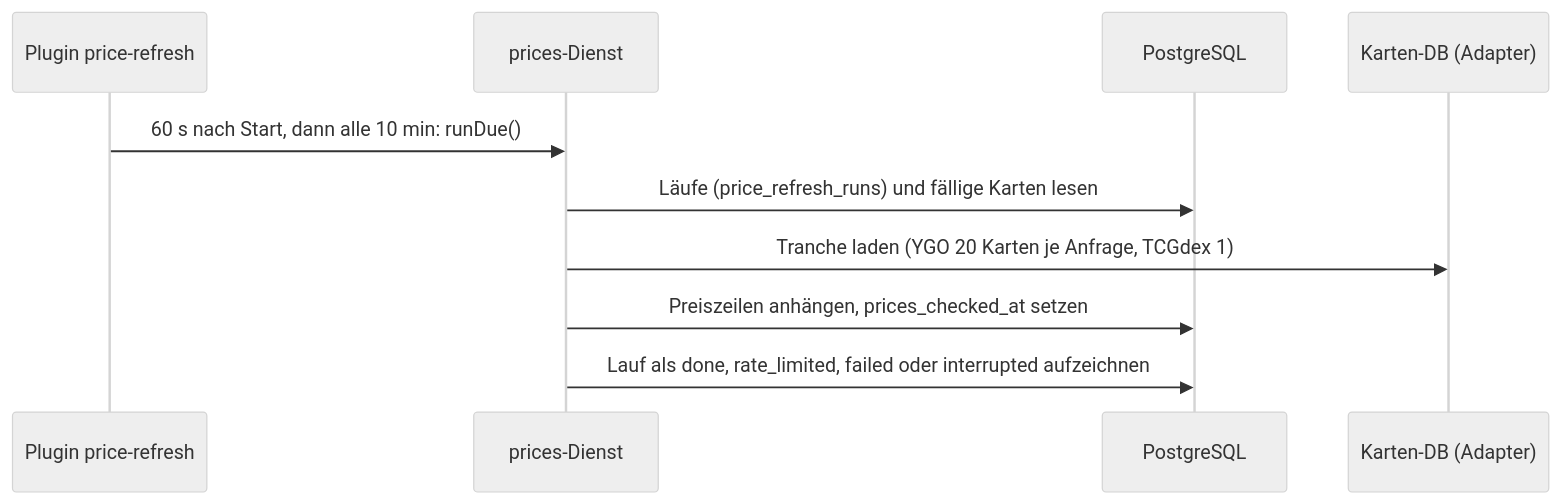
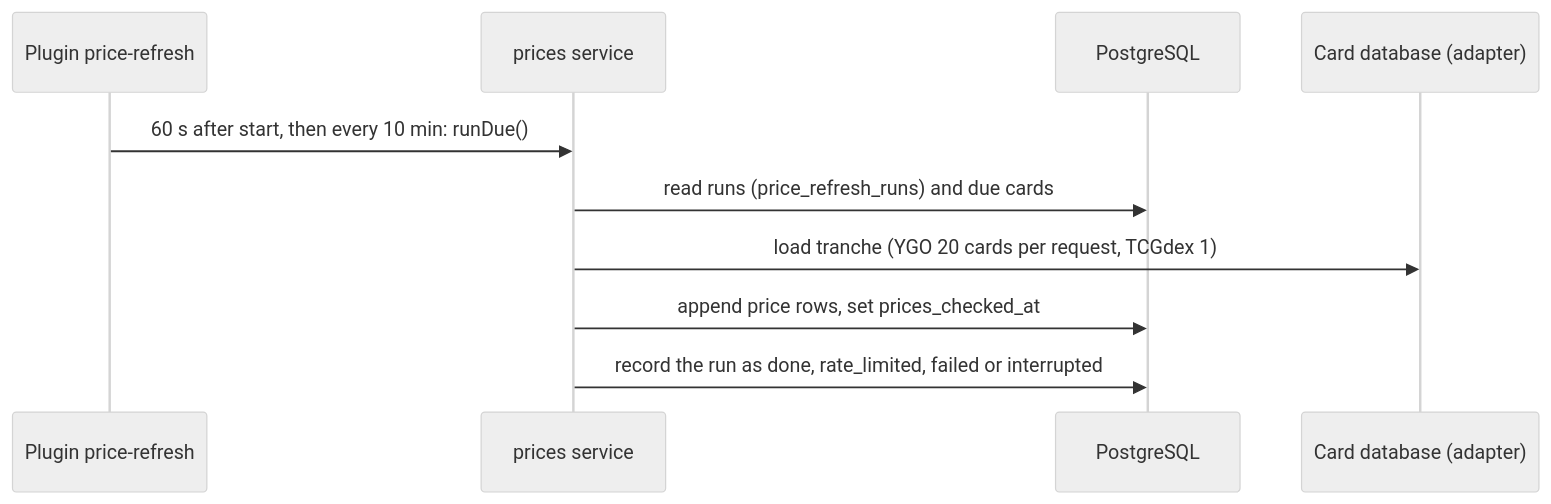
The fourth of 5 diagrams in docs/ARCHITECTURE.md (qaldak/cardkeeper), drawn with Mermaid (neutral theme) before and after one commit. The commit also changed other lines of this file and 83 other files, not shown here.

````diff
--- a/docs/ARCHITECTURE.md
+++ b/docs/ARCHITECTURE.md
@@ -80,12 +80,12 @@
 ```mermaid
 sequenceDiagram
     participant T as Plugin price-refresh
-    participant S as prices-Dienst
+    participant S as prices service
     participant P as PostgreSQL
-    participant D as Karten-DB (Adapter)
-    T->>S: 60 s nach Start, dann alle 10 min: runDue()
-    S->>P: Läufe (price_refresh_runs) und fällige Karten lesen
-    S->>D: Tranche laden (YGO 20 Karten je Anfrage, TCGdex 1)
-    S->>P: Preiszeilen anhängen, prices_checked_at setzen
-    S->>P: Lauf als done, rate_limited, failed oder interrupted aufzeichnen
+    participant D as Card database (adapter)
+    T->>S: 60 s after start, then every 10 min: runDue()
+    S->>P: read runs (price_refresh_runs) and due cards
+    S->>D: load tranche (YGO 20 cards per request, TCGdex 1)
+    S->>P: append price rows, set prices_checked_at
+    S->>P: record the run as done, rate_limited, failed or interrupted
 ```
````
